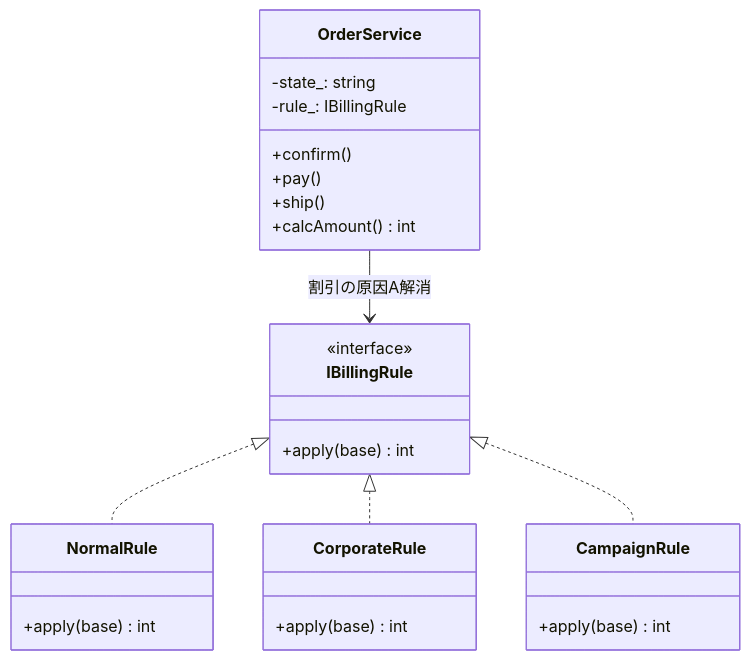
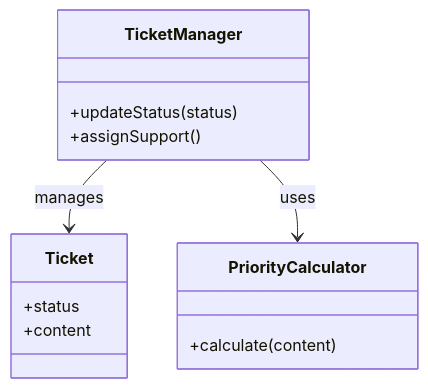
One commit to kumachan1101-pixel/DesignPattern changed the first of 5 diagrams in kindle/design-patterns/output/chapter09_2.md. Above: the diagram before and after it, drawn with Mermaid. The commit also changed other lines of this file and 11 other files, not shown here.

````diff
--- a/kindle/design-patterns/output/chapter09_2.md
+++ b/kindle/design-patterns/output/chapter09_2.md
@@ -495,29 +44,17 @@
 ```mermaid
 classDiagram
-    class OrderService {
-        -state_: string
-        -rule_: IBillingRule
-        +confirm()
-        +pay()
-        +ship()
-        +calcAmount() int
+    class Ticket {
+        +status
+        +content
     }
-    class IBillingRule {
-        <<interface>>
-        +apply(base) int
+    class TicketManager {
+        +updateStatus(status)
+        +assignSupport()
     }
-    class NormalRule {
-        +apply(base) int
+    class PriorityCalculator {
+        +calculate(content)
     }
-    class CorporateRule {
-        +apply(base) int
-    }
-    class CampaignRule {
-        +apply(base) int
-    }
+    TicketManager --> Ticket : manages
+    TicketManager --> PriorityCalculator : uses
 
-    OrderService --> IBillingRule : 割引の原因A解消
-    IBillingRule <|.. NormalRule
-    IBillingRule <|.. CorporateRule
-    IBillingRule <|.. CampaignRule
 ```
````
